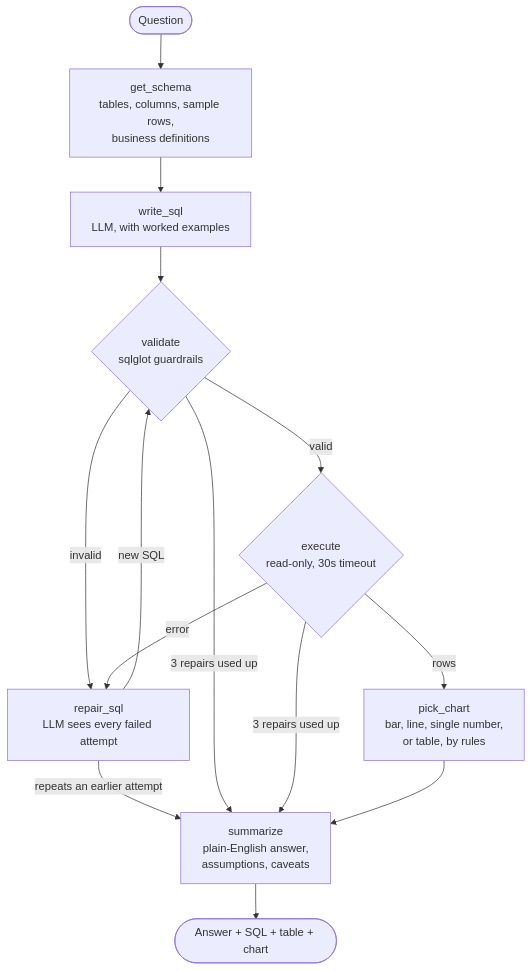
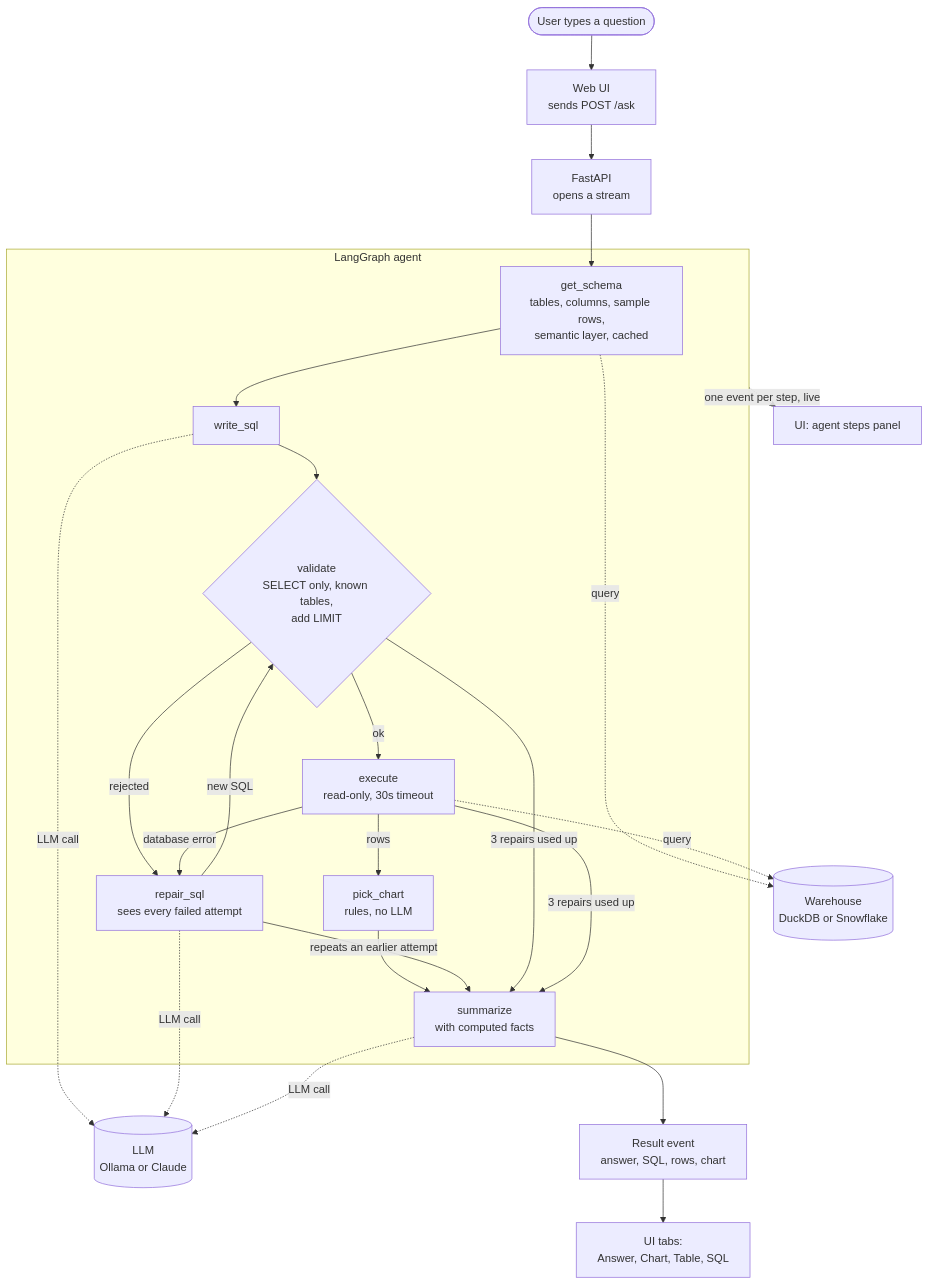
One commit to MelcoolA/querypilot changed the second of 2 diagrams in README.md. Above: the diagram before and after it, drawn with Mermaid. The commit also changed other lines of this file, not shown here.

Commit message:
README: end-to-end request diagram and why DuckDB and Snowflake
- Replace the agent-only diagram with one that follows a question from the
  web UI through the API and agent (including pick_chart, the repair exits,
  and where the LLM and warehouse are called) to the streamed steps and the
  result tabs; rendered and checked before publishing
- Short explanation of DuckDB for development and Snowflake for deployment

````diff
--- a/README.md
+++ b/README.md
@@ -78,16 +86,30 @@
 ```mermaid
 flowchart TD
-    Q([Question]) --> GS[get_schema<br/>tables, columns, sample rows,<br/>business definitions]
-    GS --> WS[write_sql<br/>LLM, with worked examples]
-    WS --> VA{validate<br/>sqlglot guardrails}
-    VA -- valid --> EX{execute<br/>read-only, 30s timeout}
-    VA -- invalid --> RS[repair_sql<br/>LLM sees every failed attempt]
-    EX -- error --> RS
-    RS -- new SQL --> VA
-    RS -- repeats an earlier attempt --> SU
-    VA -- 3 repairs used up --> SU
-    EX -- 3 repairs used up --> SU
-    EX -- rows --> PC[pick_chart<br/>bar, line, single number,<br/>or table, by rules]
-    PC --> SU[summarize<br/>plain-English answer,<br/>assumptions, caveats]
-    SU --> A([Answer + SQL + table + chart])
+    Q([User types a question]) --> UI[Web UI<br/>sends POST /ask]
+    UI --> API[FastAPI<br/>opens a stream]
+    API --> GS
+
+    subgraph AGENT [LangGraph agent]
+        GS[get_schema<br/>tables, columns, sample rows,<br/>semantic layer, cached] --> WS[write_sql]
+        WS --> VA{validate<br/>SELECT only, known tables,<br/>add LIMIT}
+        VA -- ok --> EX[execute<br/>read-only, 30s timeout]
+        VA -- rejected --> RS[repair_sql<br/>sees every failed attempt]
+        EX -- database error --> RS
+        RS -- new SQL --> VA
+        EX -- rows --> PC[pick_chart<br/>rules, no LLM]
+        PC --> SU[summarize<br/>with computed facts]
+        RS -- repeats an earlier attempt --> SU
+        VA -- 3 repairs used up --> SU
+        EX -- 3 repairs used up --> SU
+    end
+
+    WS -. LLM call .-> LLM[(LLM<br/>Ollama or Claude)]
+    RS -. LLM call .-> LLM
+    SU -. LLM call .-> LLM
+    GS -. query .-> DB[(Warehouse<br/>DuckDB or Snowflake)]
+    EX -. query .-> DB
+
+    AGENT -. one event per step, live .-> STEPS[UI: agent steps panel]
+    SU --> RES[Result event<br/>answer, SQL, rows, chart]
+    RES --> TABS[UI tabs:<br/>Answer, Chart, Table, SQL]
 ```
````
